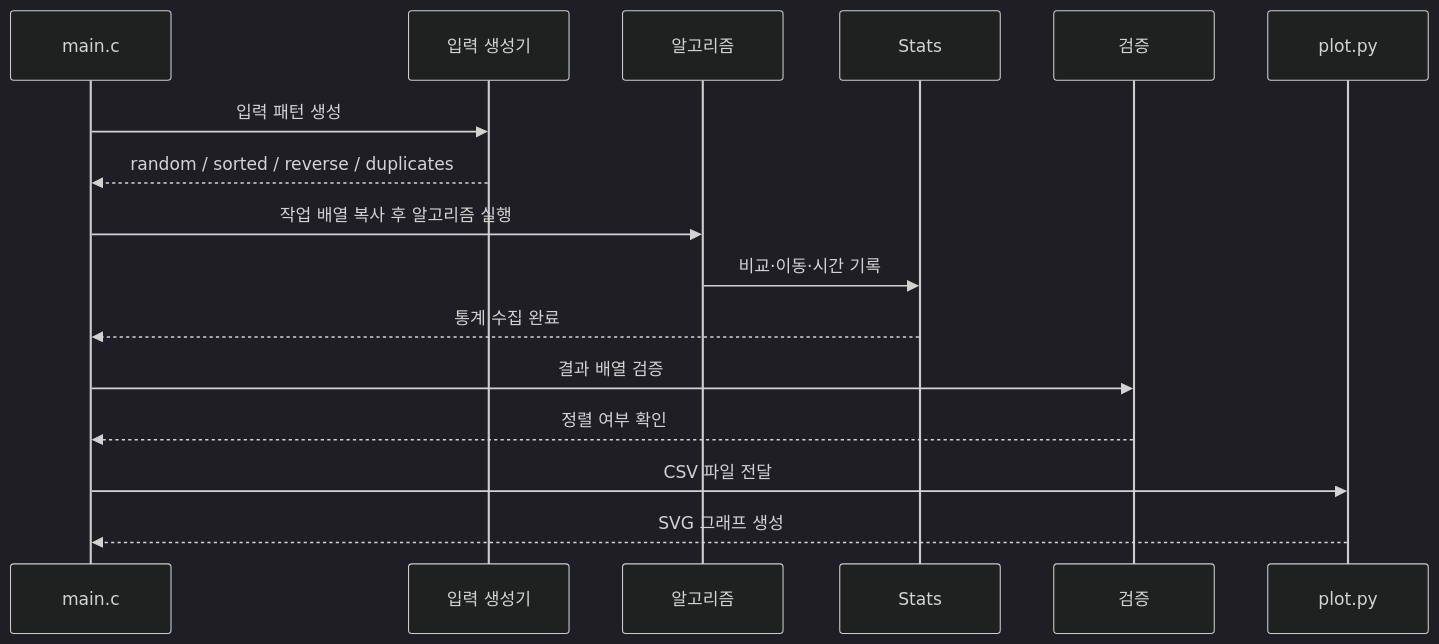
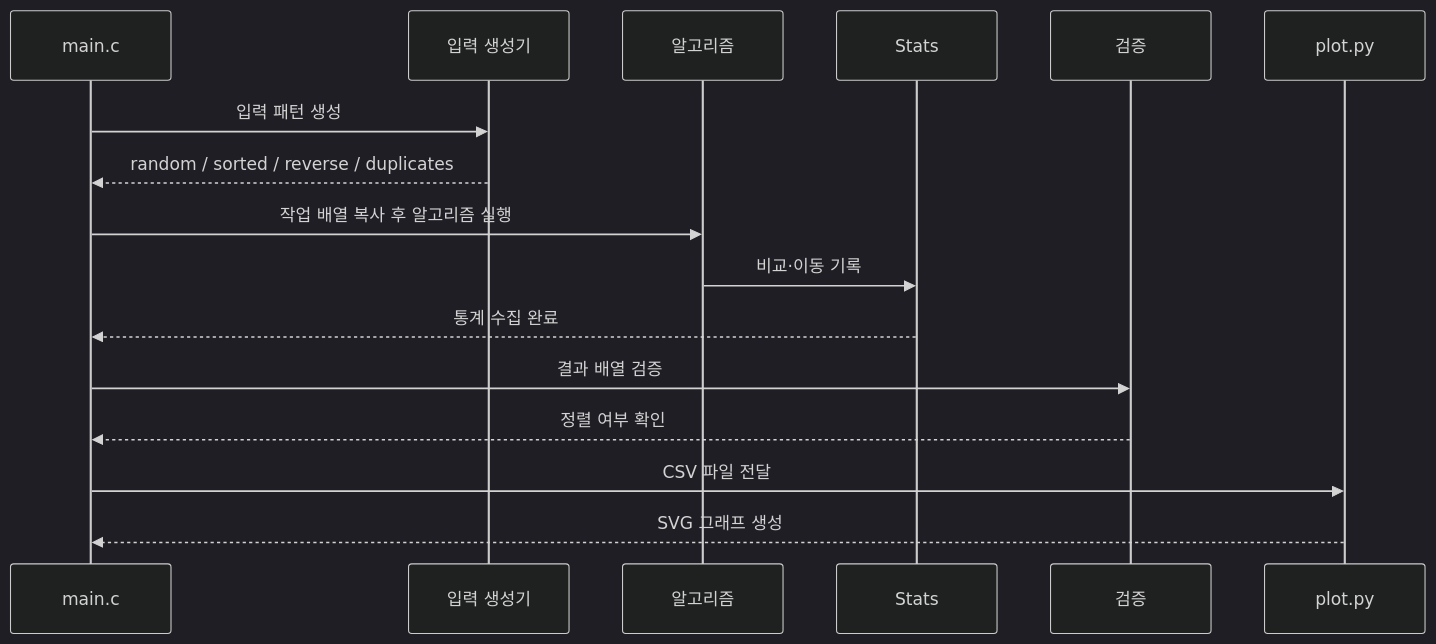
Before and after one commit to 2026193116/Compare-Sorting: the third of 3 diagrams in report/REPORT.md, drawn with Mermaid (dark theme). The commit also changed other lines of this file, not shown here.

````diff
--- a/report/REPORT.md
+++ b/report/REPORT.md
@@ -483,19 +478,19 @@
 ```mermaid
 sequenceDiagram
     participant M as main.c
     participant G as 입력 생성기
     participant A as 알고리즘
     participant S as Stats
     participant V as 검증
     participant P as plot.py
 
     M->>G: 입력 패턴 생성
     G-->>M: random / sorted / reverse / duplicates
     M->>A: 작업 배열 복사 후 알고리즘 실행
-    A->>S: 비교·이동·시간 기록
+    A->>S: 비교·이동 기록
     S-->>M: 통계 수집 완료
     M->>V: 결과 배열 검증
     V-->>M: 정렬 여부 확인
     M->>P: CSV 파일 전달
     P-->>M: SVG 그래프 생성
 ```
````
